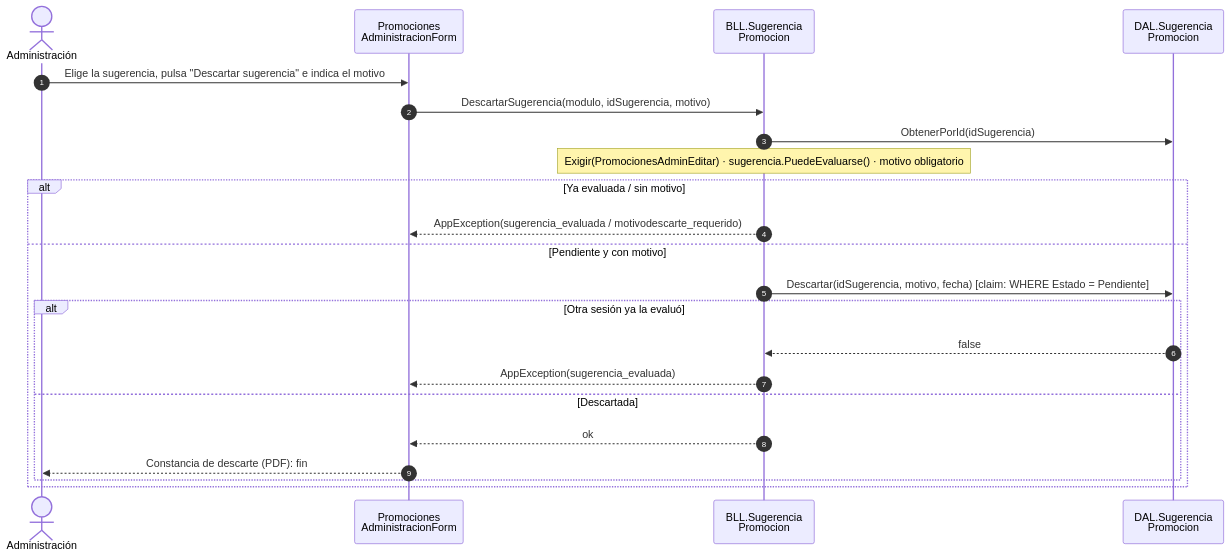
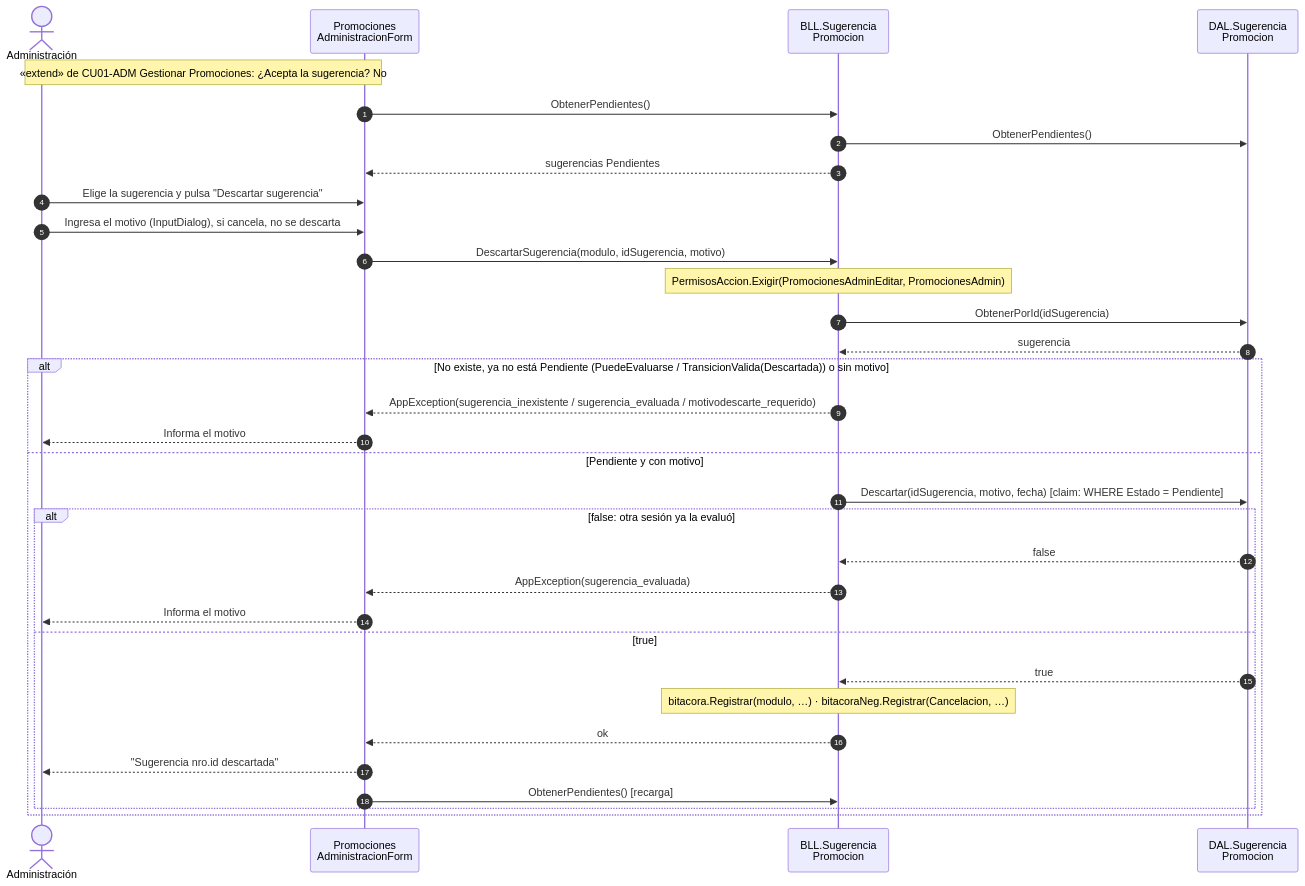
Before and after one commit to valentinamorana/Trabajo-de-Diploma: the diagram in docs/diagramas/mermaid/DSS_PN03_CU03_ADM_DescartarSugerencia.mmd, drawn with Mermaid. The commit also changed 274 other files, not shown here.

```diff
--- a/docs/diagramas/mermaid/DSS_PN03_CU03_ADM_DescartarSugerencia.mmd
+++ b/docs/diagramas/mermaid/DSS_PN03_CU03_ADM_DescartarSugerencia.mmd
@@ -1,22 +1,33 @@
 sequenceDiagram
   autonumber
   actor A as Administración
   participant F as Promociones<br/>AdministracionForm
   participant B as BLL.Sugerencia<br/>Promocion
   participant D as DAL.Sugerencia<br/>Promocion
-  A->>F: Elige la sugerencia, pulsa "Descartar sugerencia" e indica el motivo
+  Note over A,F: «extend» de CU01-ADM Gestionar Promociones: ¿Acepta la sugerencia? No
+  F->>B: ObtenerPendientes()
+  B->>D: ObtenerPendientes()
+  B-->>F: sugerencias Pendientes
+  A->>F: Elige la sugerencia y pulsa "Descartar sugerencia"
+  A->>F: Ingresa el motivo (InputDialog), si cancela, no se descarta
   F->>B: DescartarSugerencia(modulo, idSugerencia, motivo)
+  Note over B: PermisosAccion.Exigir(PromocionesAdminEditar, PromocionesAdmin)
   B->>D: ObtenerPorId(idSugerencia)
-  Note over B: Exigir(PromocionesAdminEditar) · sugerencia.PuedeEvaluarse() · motivo obligatorio
-  alt Ya evaluada / sin motivo
-    B-->>F: AppException(sugerencia_evaluada / motivodescarte_requerido)
+  D-->>B: sugerencia
+  alt No existe, ya no está Pendiente (PuedeEvaluarse / TransicionValida(Descartada)) o sin motivo
+    B-->>F: AppException(sugerencia_inexistente / sugerencia_evaluada / motivodescarte_requerido)
+    F-->>A: Informa el motivo
   else Pendiente y con motivo
     B->>D: Descartar(idSugerencia, motivo, fecha)  [claim: WHERE Estado = Pendiente]
-    alt Otra sesión ya la evaluó
+    alt false: otra sesión ya la evaluó
       D-->>B: false
       B-->>F: AppException(sugerencia_evaluada)
-    else Descartada
+      F-->>A: Informa el motivo
+    else true
+      D-->>B: true
+      Note over B: bitacora.Registrar(modulo, …) · bitacoraNeg.Registrar(Cancelacion, …)
       B-->>F: ok
-      F-->>A: Constancia de descarte (PDF): fin
+      F-->>A: "Sugerencia nro.id descartada"
+      F->>B: ObtenerPendientes()  [recarga]
     end
   end
```
